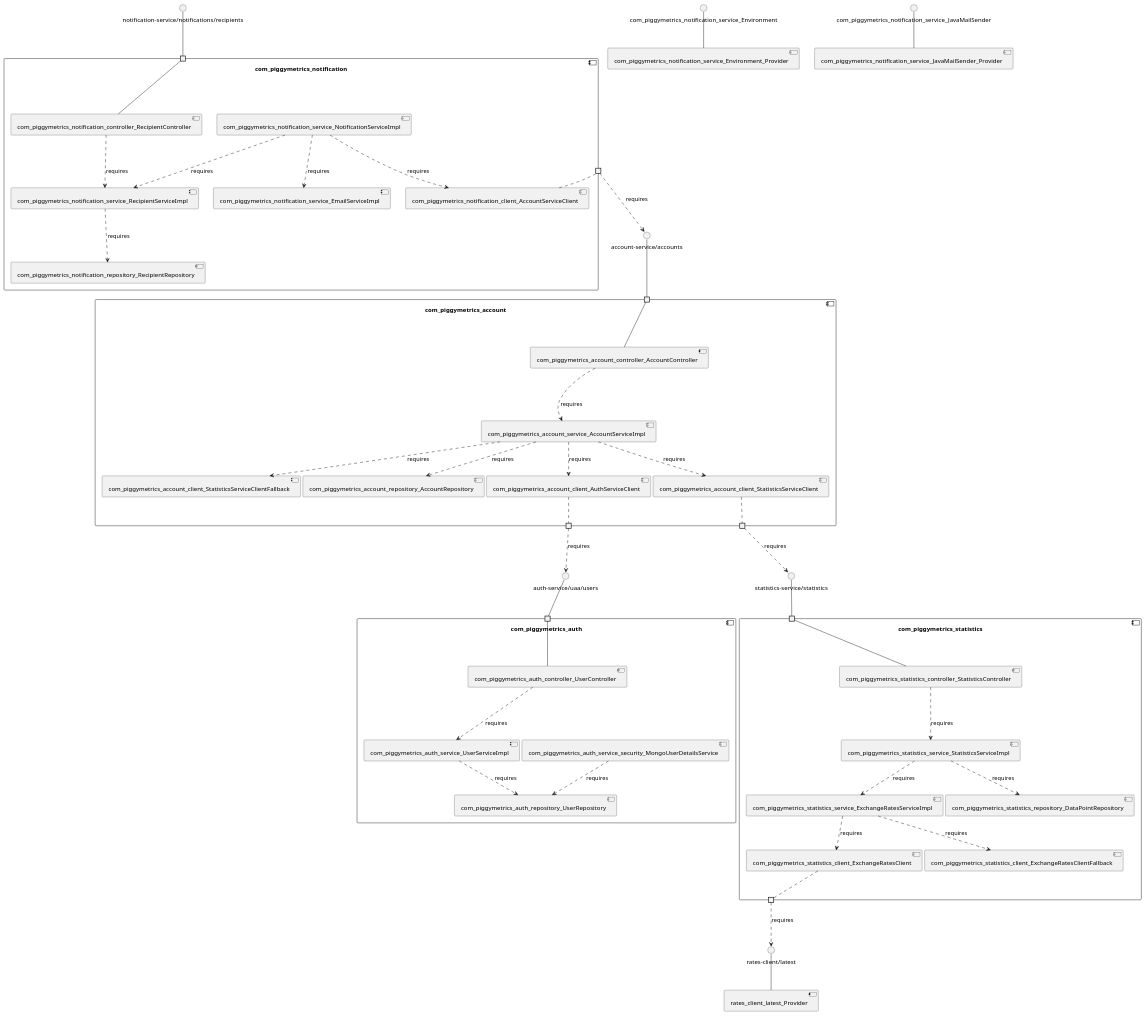
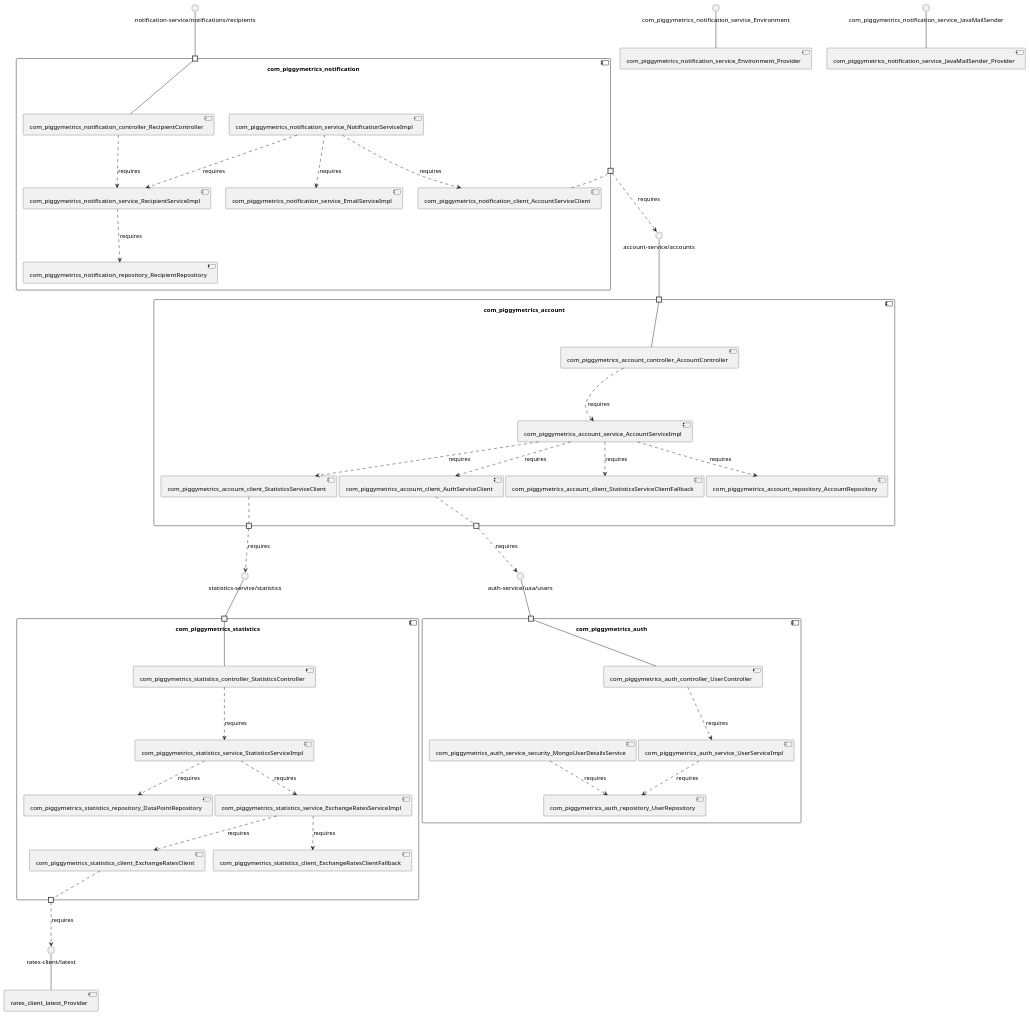
One commit to MSt-10/Palladio-ReverseEngineering-Benchmark changed the diagram in sqshq-piggymetrics/model_re/uml/componentDiagram.puml. Above: the diagram before and after it, drawn with PlantUML. The commit also changed other lines of this file and 283 other files, not shown here.

```diff
--- a/sqshq-piggymetrics/model_re/uml/componentDiagram.puml
+++ b/sqshq-piggymetrics/model_re/uml/componentDiagram.puml
@@ -1,91 +1,91 @@
 @startuml
 skinparam fixCircleLabelOverlapping true
 skinparam componentStyle uml2
 component "com_piggymetrics_account\n\n\n\n\n\n" {
 [com_piggymetrics_account_service_AccountServiceImpl]
+[com_piggymetrics_account_repository_AccountRepository]
 [com_piggymetrics_account_controller_AccountController]
 [com_piggymetrics_account_client_StatisticsServiceClient]
+[com_piggymetrics_account_client_AuthServiceClient]
 [com_piggymetrics_account_client_StatisticsServiceClientFallback]
-[com_piggymetrics_account_repository_AccountRepository]
-[com_piggymetrics_account_client_AuthServiceClient]
 portin " " as com_piggymetrics_account_requires_account_service_accounts
+portout " " as com_piggymetrics_account_provides_statistics_service_statistics
 portout " " as com_piggymetrics_account_provides_auth_service_uaa_users
-portout " " as com_piggymetrics_account_provides_statistics_service_statistics
+[com_piggymetrics_account_service_AccountServiceImpl]..>[com_piggymetrics_account_repository_AccountRepository] : requires
+[com_piggymetrics_account_service_AccountServiceImpl]..>[com_piggymetrics_account_client_StatisticsServiceClientFallback] : requires
 [com_piggymetrics_account_service_AccountServiceImpl]..>[com_piggymetrics_account_client_StatisticsServiceClient] : requires
-[com_piggymetrics_account_service_AccountServiceImpl]..>[com_piggymetrics_account_repository_AccountRepository] : requires
+[com_piggymetrics_account_controller_AccountController]..>[com_piggymetrics_account_service_AccountServiceImpl] : requires
 [com_piggymetrics_account_service_AccountServiceImpl]..>[com_piggymetrics_account_client_AuthServiceClient] : requires
-[com_piggymetrics_account_service_AccountServiceImpl]..>[com_piggymetrics_account_client_StatisticsServiceClientFallback] : requires
-[com_piggymetrics_account_controller_AccountController]..>[com_piggymetrics_account_service_AccountServiceImpl] : requires
 "com_piggymetrics_account_requires_account_service_accounts"--[com_piggymetrics_account_controller_AccountController]
+[com_piggymetrics_account_client_StatisticsServiceClient].."com_piggymetrics_account_provides_statistics_service_statistics"
 [com_piggymetrics_account_client_AuthServiceClient].."com_piggymetrics_account_provides_auth_service_uaa_users"
-[com_piggymetrics_account_client_StatisticsServiceClient].."com_piggymetrics_account_provides_statistics_service_statistics"
 }
 interface "account-service/accounts" as interface.account_service_accounts
 interface.account_service_accounts--"com_piggymetrics_account_requires_account_service_accounts"
 interface "auth-service/uaa/users" as interface.auth_service_uaa_users
 "com_piggymetrics_account_provides_auth_service_uaa_users"..>interface.auth_service_uaa_users : requires
 interface "statistics-service/statistics" as interface.statistics_service_statistics
 "com_piggymetrics_account_provides_statistics_service_statistics"..>interface.statistics_service_statistics : requires
 component "com_piggymetrics_auth\n\n\n\n\n\n" {
-[com_piggymetrics_auth_service_UserServiceImpl]
+[com_piggymetrics_auth_service_security_MongoUserDetailsService]
 [com_piggymetrics_auth_controller_UserController]
 [com_piggymetrics_auth_repository_UserRepository]
-[com_piggymetrics_auth_service_security_MongoUserDetailsService]
+[com_piggymetrics_auth_service_UserServiceImpl]
 portin " " as com_piggymetrics_auth_requires_auth_service_uaa_users
+[com_piggymetrics_auth_service_UserServiceImpl]..>[com_piggymetrics_auth_repository_UserRepository] : requires
 [com_piggymetrics_auth_controller_UserController]..>[com_piggymetrics_auth_service_UserServiceImpl] : requires
-[com_piggymetrics_auth_service_UserServiceImpl]..>[com_piggymetrics_auth_repository_UserRepository] : requires
 [com_piggymetrics_auth_service_security_MongoUserDetailsService]..>[com_piggymetrics_auth_repository_UserRepository] : requires
 "com_piggymetrics_auth_requires_auth_service_uaa_users"--[com_piggymetrics_auth_controller_UserController]
 }
 interface "auth-service/uaa/users" as interface.auth_service_uaa_users
 interface.auth_service_uaa_users--"com_piggymetrics_auth_requires_auth_service_uaa_users"
 component "com_piggymetrics_notification\n\n\n\n\n\n" {
+[com_piggymetrics_notification_repository_RecipientRepository]
+[com_piggymetrics_notification_client_AccountServiceClient]
 [com_piggymetrics_notification_service_EmailServiceImpl]
+[com_piggymetrics_notification_controller_RecipientController]
 [com_piggymetrics_notification_service_RecipientServiceImpl]
-[com_piggymetrics_notification_client_AccountServiceClient]
-[com_piggymetrics_notification_controller_RecipientController]
-[com_piggymetrics_notification_repository_RecipientRepository]
 [com_piggymetrics_notification_service_NotificationServiceImpl]
 portin " " as com_piggymetrics_notification_requires_notification_service_notifications_recipients
 portout " " as com_piggymetrics_notification_provides_account_service_accounts
+[com_piggymetrics_notification_service_NotificationServiceImpl]..>[com_piggymetrics_notification_client_AccountServiceClient] : requires
+[com_piggymetrics_notification_controller_RecipientController]..>[com_piggymetrics_notification_service_RecipientServiceImpl] : requires
+[com_piggymetrics_notification_service_RecipientServiceImpl]..>[com_piggymetrics_notification_repository_RecipientRepository] : requires
 [com_piggymetrics_notification_service_NotificationServiceImpl]..>[com_piggymetrics_notification_service_RecipientServiceImpl] : requires
-[com_piggymetrics_notification_service_RecipientServiceImpl]..>[com_piggymetrics_notification_repository_RecipientRepository] : requires
-[com_piggymetrics_notification_controller_RecipientController]..>[com_piggymetrics_notification_service_RecipientServiceImpl] : requires
 [com_piggymetrics_notification_service_NotificationServiceImpl]..>[com_piggymetrics_notification_service_EmailServiceImpl] : requires
-[com_piggymetrics_notification_service_NotificationServiceImpl]..>[com_piggymetrics_notification_client_AccountServiceClient] : requires
 "com_piggymetrics_notification_requires_notification_service_notifications_recipients"--[com_piggymetrics_notification_controller_RecipientController]
 [com_piggymetrics_notification_client_AccountServiceClient].."com_piggymetrics_notification_provides_account_service_accounts"
 }
 interface "notification-service/notifications/recipients" as interface.notification_service_notifications_recipients
 interface.notification_service_notifications_recipients--"com_piggymetrics_notification_requires_notification_service_notifications_recipients"
 interface "account-service/accounts" as interface.account_service_accounts
 "com_piggymetrics_notification_provides_account_service_accounts"..>interface.account_service_accounts : requires
 component "com_piggymetrics_statistics\n\n\n\n\n\n" {
 [com_piggymetrics_statistics_client_ExchangeRatesClientFallback]
 [com_piggymetrics_statistics_controller_StatisticsController]
+[com_piggymetrics_statistics_service_ExchangeRatesServiceImpl]
 [com_piggymetrics_statistics_service_StatisticsServiceImpl]
 [com_piggymetrics_statistics_client_ExchangeRatesClient]
 [com_piggymetrics_statistics_repository_DataPointRepository]
-[com_piggymetrics_statistics_service_ExchangeRatesServiceImpl]
 portin " " as com_piggymetrics_statistics_requires_statistics_service_statistics
 portout " " as com_piggymetrics_statistics_provides_rates_client_latest
+[com_piggymetrics_statistics_controller_StatisticsController]..>[com_piggymetrics_statistics_service_StatisticsServiceImpl] : requires
+[com_piggymetrics_statistics_service_ExchangeRatesServiceImpl]..>[com_piggymetrics_statistics_client_ExchangeRatesClient] : requires
+[com_piggymetrics_statistics_service_StatisticsServiceImpl]..>[com_piggymetrics_statistics_service_ExchangeRatesServiceImpl] : requires
+[com_piggymetrics_statistics_service_StatisticsServiceImpl]..>[com_piggymetrics_statistics_repository_DataPointRepository] : requires
 [com_piggymetrics_statistics_service_ExchangeRatesServiceImpl]..>[com_piggymetrics_statistics_client_ExchangeRatesClientFallback] : requires
-[com_piggymetrics_statistics_service_StatisticsServiceImpl]..>[com_piggymetrics_statistics_service_ExchangeRatesServiceImpl] : requires
-[com_piggymetrics_statistics_controller_StatisticsController]..>[com_piggymetrics_statistics_service_StatisticsServiceImpl] : requires
-[com_piggymetrics_statistics_service_StatisticsServiceImpl]..>[com_piggymetrics_statistics_repository_DataPointRepository] : requires
-[com_piggymetrics_statistics_service_ExchangeRatesServiceImpl]..>[com_piggymetrics_statistics_client_ExchangeRatesClient] : requires
 "com_piggymetrics_statistics_requires_statistics_service_statistics"--[com_piggymetrics_statistics_controller_StatisticsController]
 [com_piggymetrics_statistics_client_ExchangeRatesClient].."com_piggymetrics_statistics_provides_rates_client_latest"
 }
 interface "statistics-service/statistics" as interface.statistics_service_statistics
 interface.statistics_service_statistics--"com_piggymetrics_statistics_requires_statistics_service_statistics"
 interface "rates-client/latest" as interface.rates_client_latest
 "com_piggymetrics_statistics_provides_rates_client_latest"..>interface.rates_client_latest : requires
 interface "com_piggymetrics_notification_service_Environment" as interface.com_piggymetrics_notification_service_Environment
 interface.com_piggymetrics_notification_service_Environment--[com_piggymetrics_notification_service_Environment_Provider]
 interface "com_piggymetrics_notification_service_JavaMailSender" as interface.com_piggymetrics_notification_service_JavaMailSender
 interface.com_piggymetrics_notification_service_JavaMailSender--[com_piggymetrics_notification_service_JavaMailSender_Provider]
 interface "rates-client/latest" as interface.rates_client_latest
 interface.rates_client_latest--[rates_client_latest_Provider]
 
 @enduml
```
